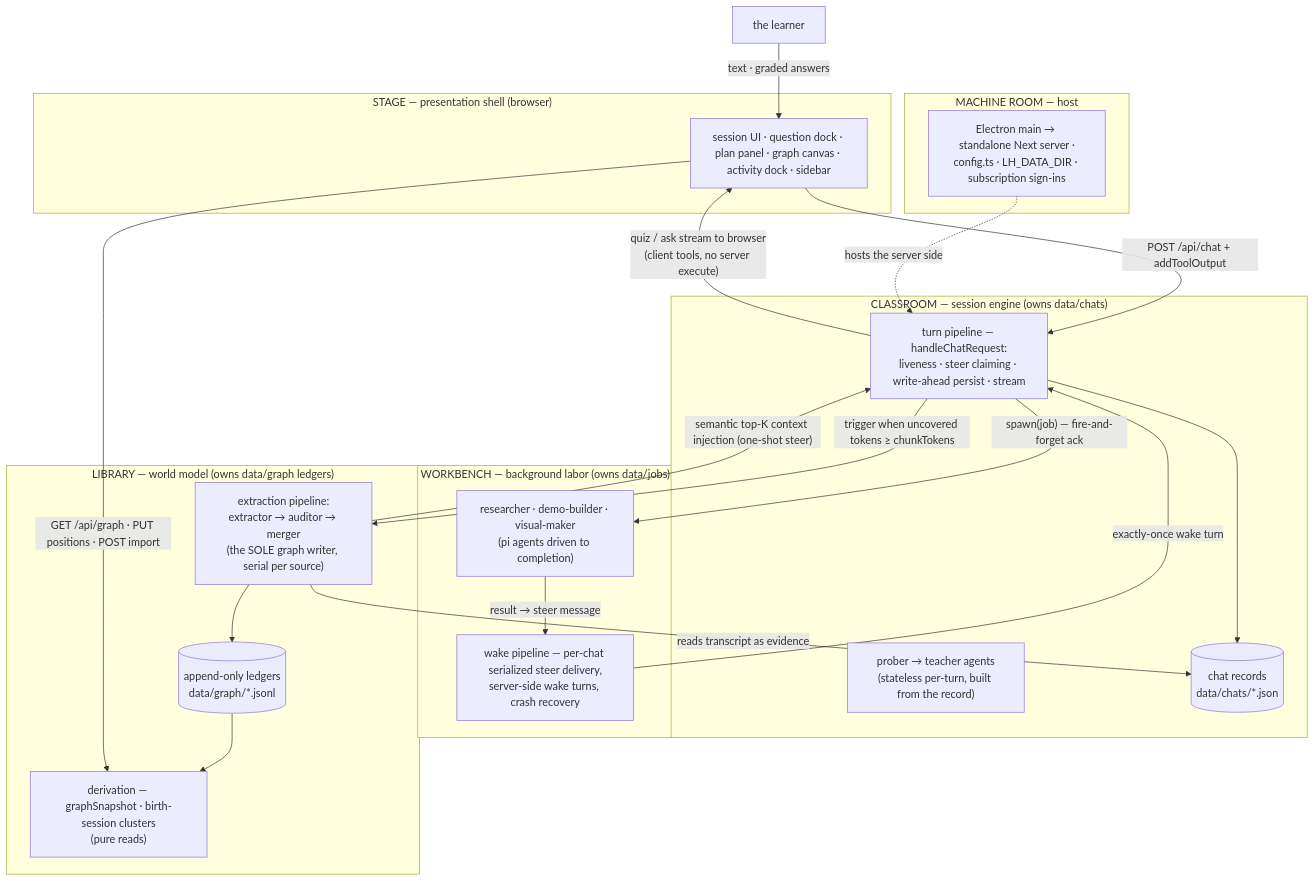
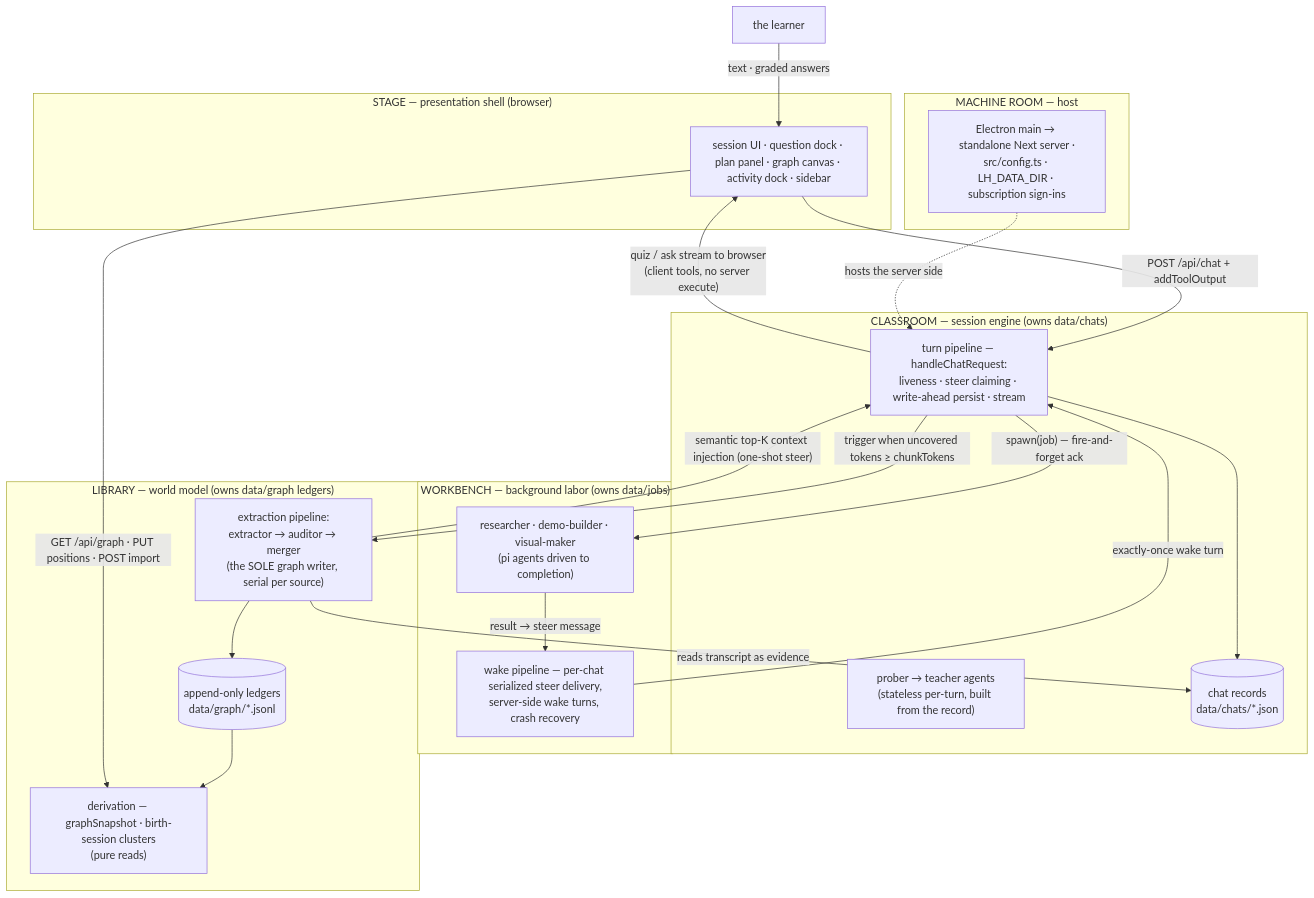
One commit to bayshores/godspeed changed the diagram in docs/development.md. Above: the diagram before and after it, drawn with Mermaid. The commit also changed other lines of this file and 578 other files, not shown here.

First line of the commit message:
tidy: move app code into src/, designs into docs/, packaging into electron/

````diff
--- a/docs/development.md
+++ b/docs/development.md
@@ -63,44 +63,44 @@
 ```mermaid
 flowchart TB
     LEARNER["the learner"]
 
     subgraph STAGE["STAGE — presentation shell (browser)"]
         UI["session UI · question dock · plan panel · graph canvas · activity dock · sidebar"]
     end
 
     subgraph CLASSROOM["CLASSROOM — session engine (owns data/chats)"]
         TURN["turn pipeline — handleChatRequest:<br/>liveness · steer claiming · write-ahead persist · stream"]
         AGENTS["prober → teacher agents<br/>(stateless per-turn, built from the record)"]
         CHATDATA[("chat records<br/>data/chats/*.json")]
     end
 
     subgraph WORKBENCH["WORKBENCH — background labor (owns data/jobs)"]
         SUBS["researcher · demo-builder · visual-maker<br/>(pi agents driven to completion)"]
         WAKE["wake pipeline — per-chat serialized steer delivery,<br/>server-side wake turns, crash recovery"]
     end
 
     subgraph LIBRARY["LIBRARY — world model (owns data/graph ledgers)"]
         EXTRACT["extraction pipeline:<br/>extractor → auditor → merger<br/>(the SOLE graph writer, serial per source)"]
         DERIVE["derivation — graphSnapshot · birth-session clusters<br/>(pure reads)"]
         LEDG[("append-only ledgers<br/>data/graph/*.jsonl")]
     end
 
     subgraph ROOM["MACHINE ROOM — host"]
-        HOST["Electron main → standalone Next server ·<br/>config.ts · LH_DATA_DIR · subscription sign-ins"]
+        HOST["Electron main → standalone Next server ·<br/>src/config.ts · LH_DATA_DIR · subscription sign-ins"]
     end
 
     LEARNER -->|"text · graded answers"| UI
     UI -->|"POST /api/chat + addToolOutput"| TURN
     TURN -->|"quiz / ask stream to browser<br/>(client tools, no server execute)"| UI
     TURN --> CHATDATA
     TURN -->|"spawn(job) — fire-and-forget ack"| SUBS
     SUBS -->|"result → steer message"| WAKE
     WAKE -->|"exactly-once wake turn"| TURN
     TURN -->|"trigger when uncovered tokens ≥ chunkTokens"| EXTRACT
     EXTRACT -->|"reads transcript as evidence"| CHATDATA
     EXTRACT --> LEDG
     EXTRACT -->|"semantic top-K context injection (one-shot steer)"| TURN
     LEDG --> DERIVE
     UI -->|"GET /api/graph · PUT positions · POST import"| DERIVE
     HOST -.->|"hosts the server side"| TURN
 ```
````
